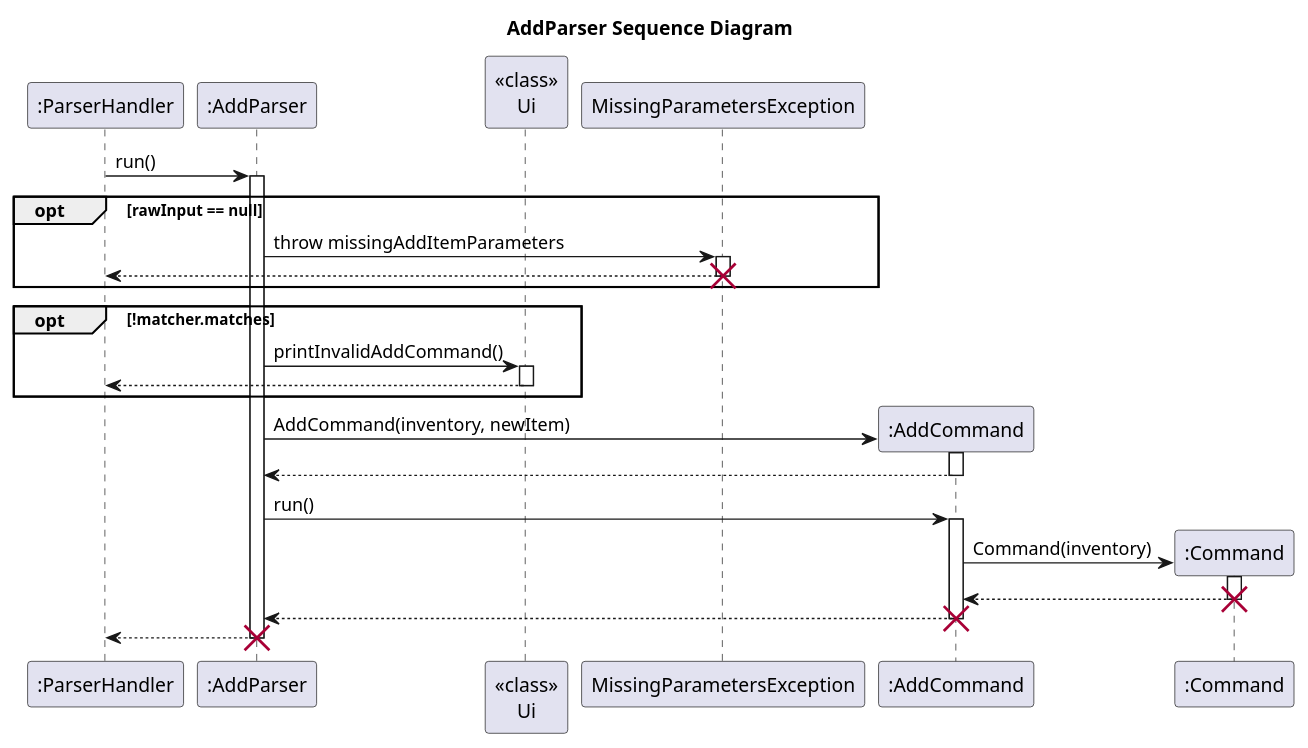
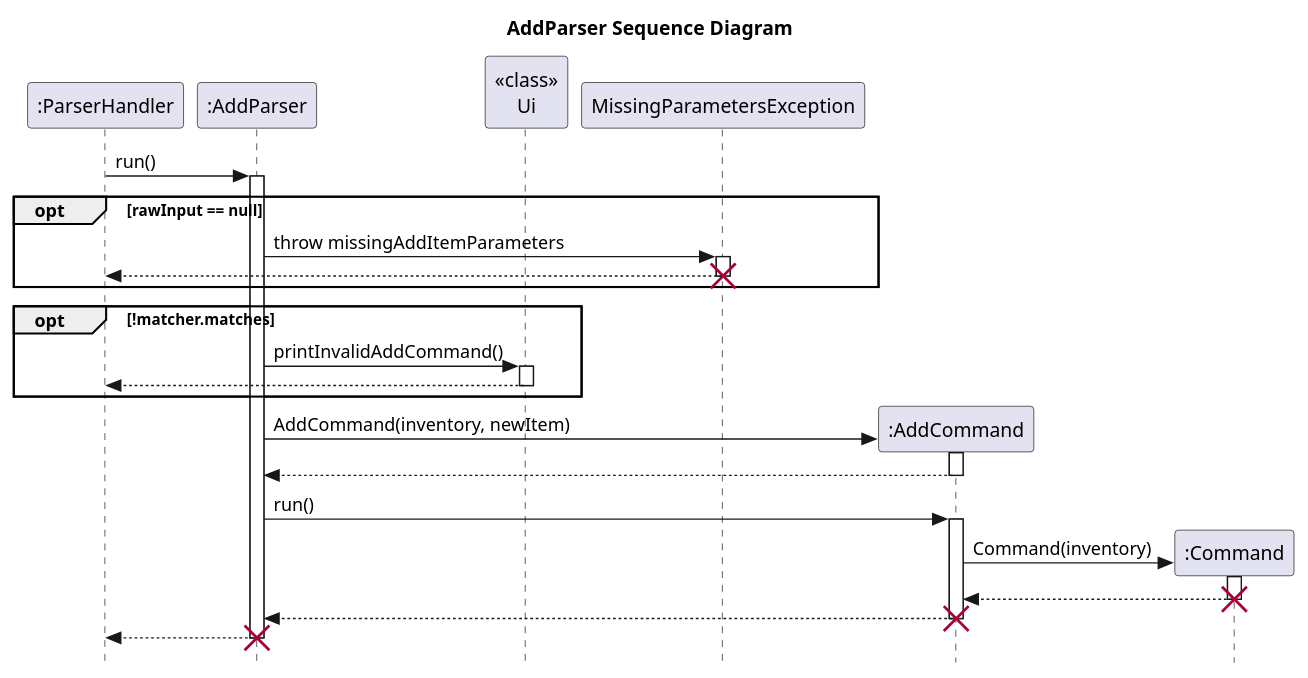
One commit to nus-cs2113-AY2223S2/tp changed the diagram in docs/UML/Add/AddParser.puml. Above: the diagram before and after it, drawn with PlantUML. The commit also changed 21 other files, not shown here.

Commit message:
Add line of code to UML diagrams to follow format on website

```diff
--- a/docs/UML/Add/AddParser.puml
+++ b/docs/UML/Add/AddParser.puml
@@ -2,45 +2,46 @@
 @startuml
 title AddParser Sequence Diagram
 
+skinparam style strictuml
 participant ":ParserHandler" as ParserHandler
 participant ":AddParser" as AddParser
 ParserHandler -> AddParser: run()
 
 activate AddParser
 participant "<<class>>\nUi"
 opt rawInput == null
 AddParser -> MissingParametersException:throw missingAddItemParameters
 activate MissingParametersException
 MissingParametersException --> ParserHandler:
 deactivate MissingParametersException
 destroy MissingParametersException
 end
 
 opt !matcher.matches
 AddParser -> "<<class>>\nUi":printInvalidAddCommand()
 activate "<<class>>\nUi"
 "<<class>>\nUi" --> ParserHandler:
 deactivate "<<class>>\nUi"
 end
 participant ":AddCommand" as AddCommand
 participant ":Command" as Command
 AddParser -> AddCommand**: AddCommand(inventory, newItem)
 activate AddCommand
 AddCommand -->AddParser:
 deactivate AddCommand
 
 AddParser -> AddCommand: run()
 activate AddCommand
 
 AddCommand -> Command**:Command(inventory)
 activate Command
 Command -->AddCommand:
 deactivate Command
 destroy Command
 AddCommand -->AddParser:
 deactivate AddCommand
 destroy AddCommand
 
 AddParser --> ParserHandler:
 destroy AddParser
 @enduml
```
